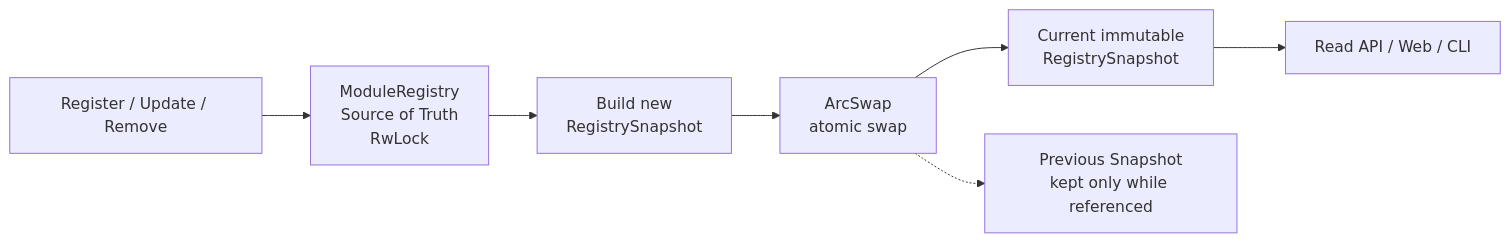
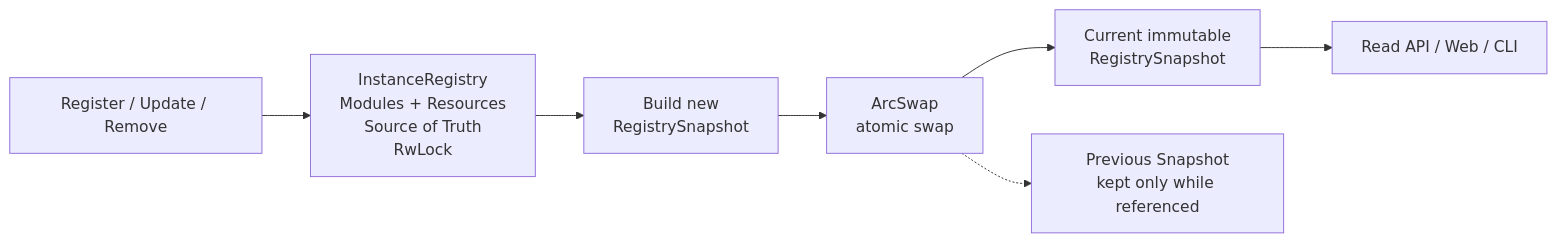
Before and after one commit to eventide-manafield/manafield: the fourth of 7 diagrams in docs/en/architecture.md, drawn with Mermaid. The commit also changed other lines of this file and 16 other files, not shown here.

````diff
--- a/docs/en/architecture.md
+++ b/docs/en/architecture.md
@@ -200,17 +201,17 @@
 ```mermaid
 flowchart LR
     Write["Register / Update / Remove"]
-    Registry["ModuleRegistry<br/>Source of Truth<br/>RwLock"]
+    Registry["InstanceRegistry<br/>Modules + Resources<br/>Source of Truth<br/>RwLock"]
     Build["Build new<br/>RegistrySnapshot"]
     Swap["ArcSwap<br/>atomic swap"]
     Snapshot["Current immutable<br/>RegistrySnapshot"]
     Read["Read API / Web / CLI"]
     Old["Previous Snapshot<br/>kept only while referenced"]
 
     Write --> Registry
     Registry --> Build
     Build --> Swap
     Swap --> Snapshot
     Snapshot --> Read
     Swap -.-> Old
 ```
````
